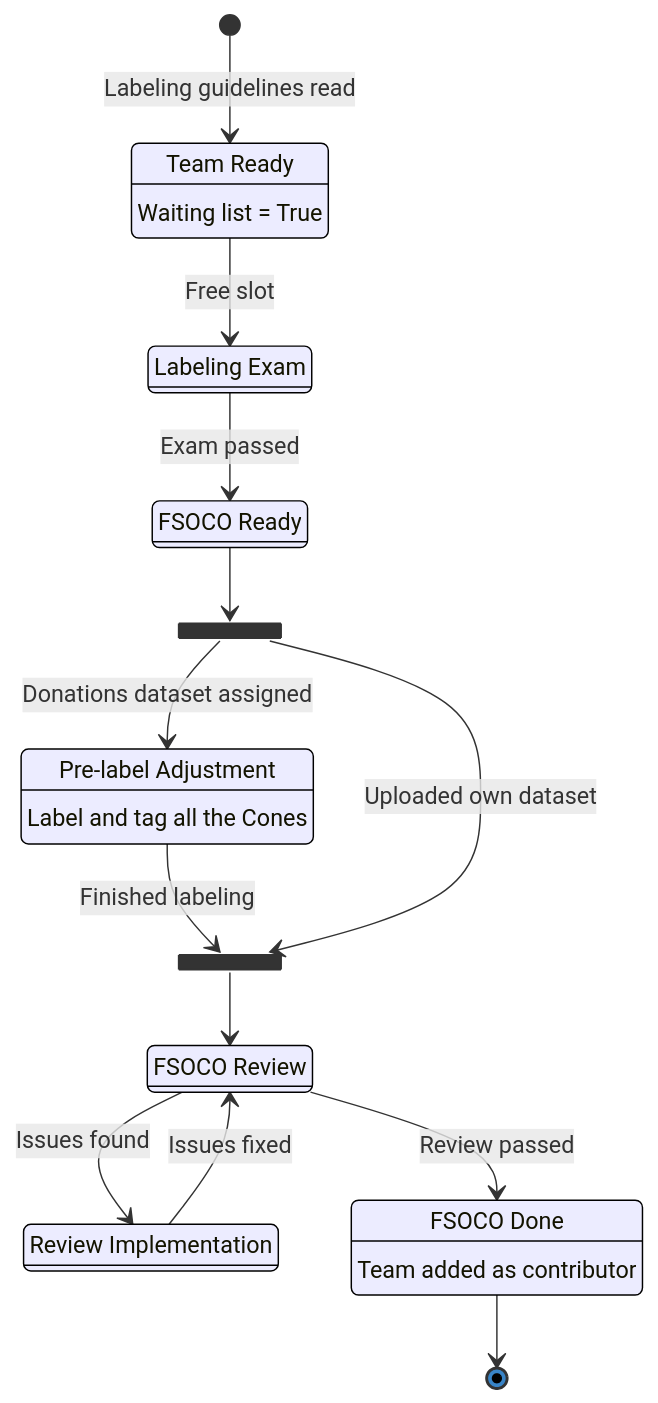
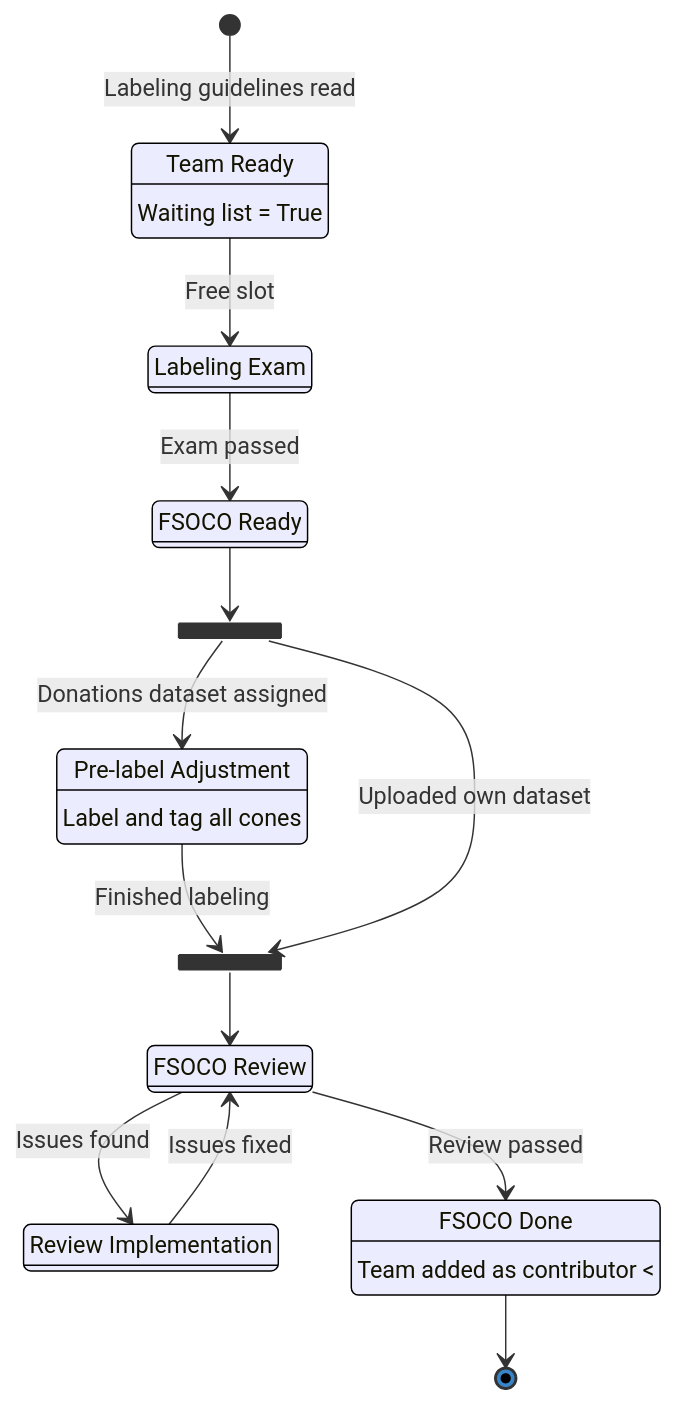
One commit to mfloto/fsoco-dataset changed the diagram in docs/pages/how_to_contribute.md. Above: the diagram before and after it, drawn with Mermaid. The commit also changed other lines of this file and 35 other files, not shown here.

```diff
--- a/docs/pages/how_to_contribute.md
+++ b/docs/pages/how_to_contribute.md
@@ -75,29 +72,27 @@
 <div class="mermaid">
 %%{init: {"theme": "default", "themeVariables": { "primaryColor": "white", "nodeBorder": "black", "background": "#3884c7", "mainBkg": "#3884c7", "textColor": "#222222", "labelColor": "#ffffff" }}}%%
 
 stateDiagram
   state fork_state <<fork>>
   state join_state <<join>>
     state "Team Ready" as s0: Waiting list = True
     state "Labeling Exam" as s1: 
     state "FSOCO Ready" as s2:
-    state "Pre-label Adjustment" as s3: Label and tag all the Cones
+    state "Pre-label Adjustment" as s3: Label and tag all cones
     state "Review Implementation" as s4:
     state "FSOCO Review" as s5:
-    state "FSOCO Done" as s6: Team added as contributor
-    
-    
+    state "FSOCO Done" as s6: Team added as contributor <
 
     [*] --> s0: Labeling guidelines read
     s0 --> s1: Free slot
     s1 --> s2: Exam passed
     s2 --> fork_state
     fork_state --> s3: Donations dataset assigned
     s3 --> join_state: Finished labeling
     fork_state --> join_state: Uploaded own dataset
     join_state --> s5
     s5 --> s6: Review passed
     s5 --> s4: Issues found
     s4 --> s5: Issues fixed
     s6 --> [*]
 </div>
```
